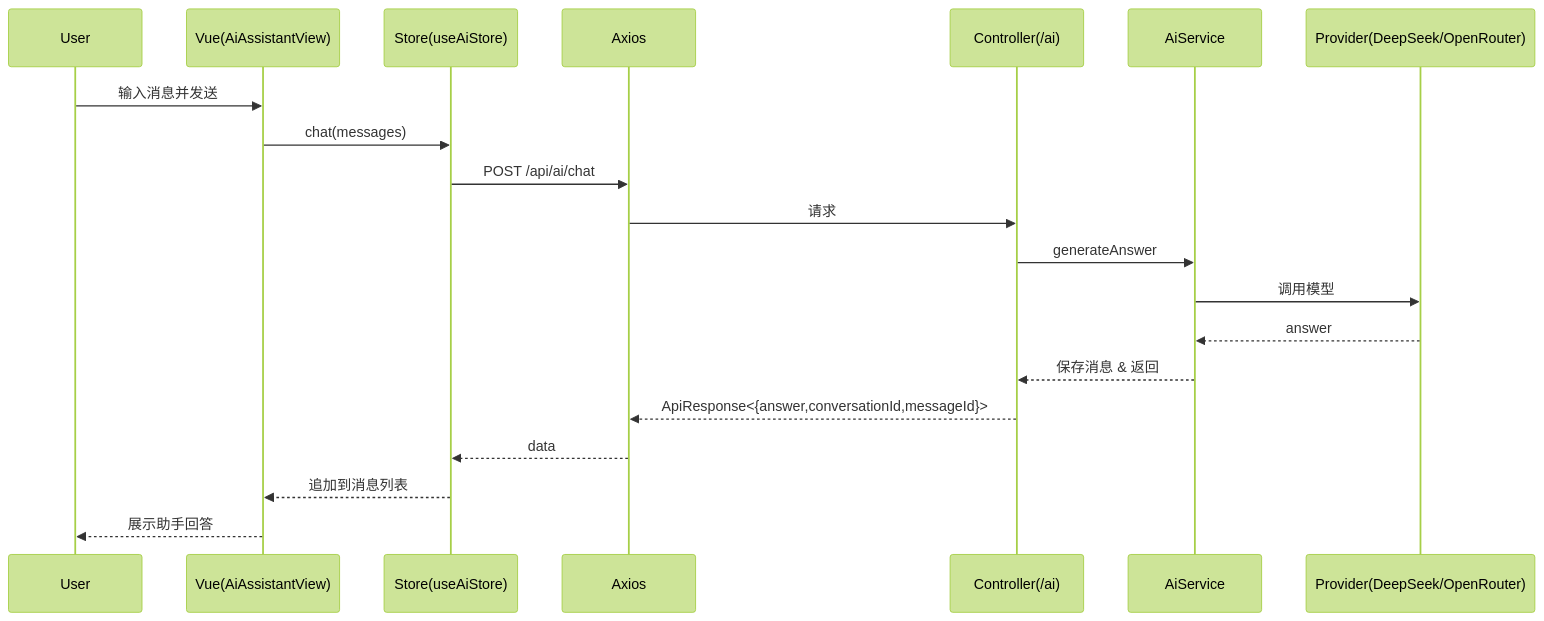
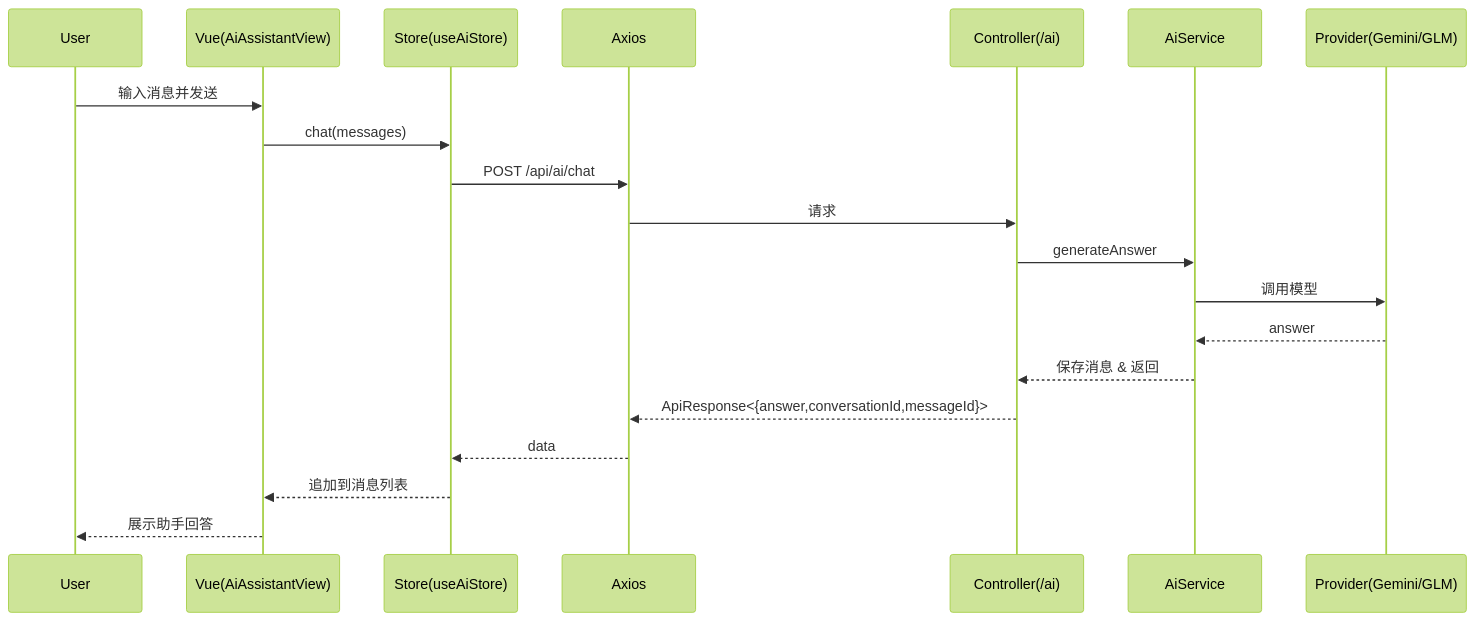
One commit to Xiaorui-Zhang537/student-core-competency-cultivation-assessment-system changed the third of 15 diagrams in docs/e2e-examples.md. Above: the diagram before and after it, drawn with Mermaid (forest theme). The commit also changed other lines of this file and 110 other files, not shown here.

````diff
--- a/docs/e2e-examples.md
+++ b/docs/e2e-examples.md
@@ -102,22 +112,22 @@
 ```mermaid
 sequenceDiagram
   participant U as User
   participant V as Vue(AiAssistantView)
   participant ST as Store(useAiStore)
   participant A as Axios
   participant C as Controller(/ai)
   participant S as AiService
-  participant P as Provider(DeepSeek/OpenRouter)
+  participant P as Provider(Gemini/GLM)
   U->>V: 输入消息并发送
   V->>ST: chat(messages)
   ST->>A: POST /api/ai/chat
   A->>C: 请求
   C->>S: generateAnswer
   S->>P: 调用模型
   P-->>S: answer
   S-->>C: 保存消息 & 返回
   C-->>A: ApiResponse<{answer,conversationId,messageId}>
   A-->>ST: data
   ST-->>V: 追加到消息列表
   V-->>U: 展示助手回答
 ```
````
